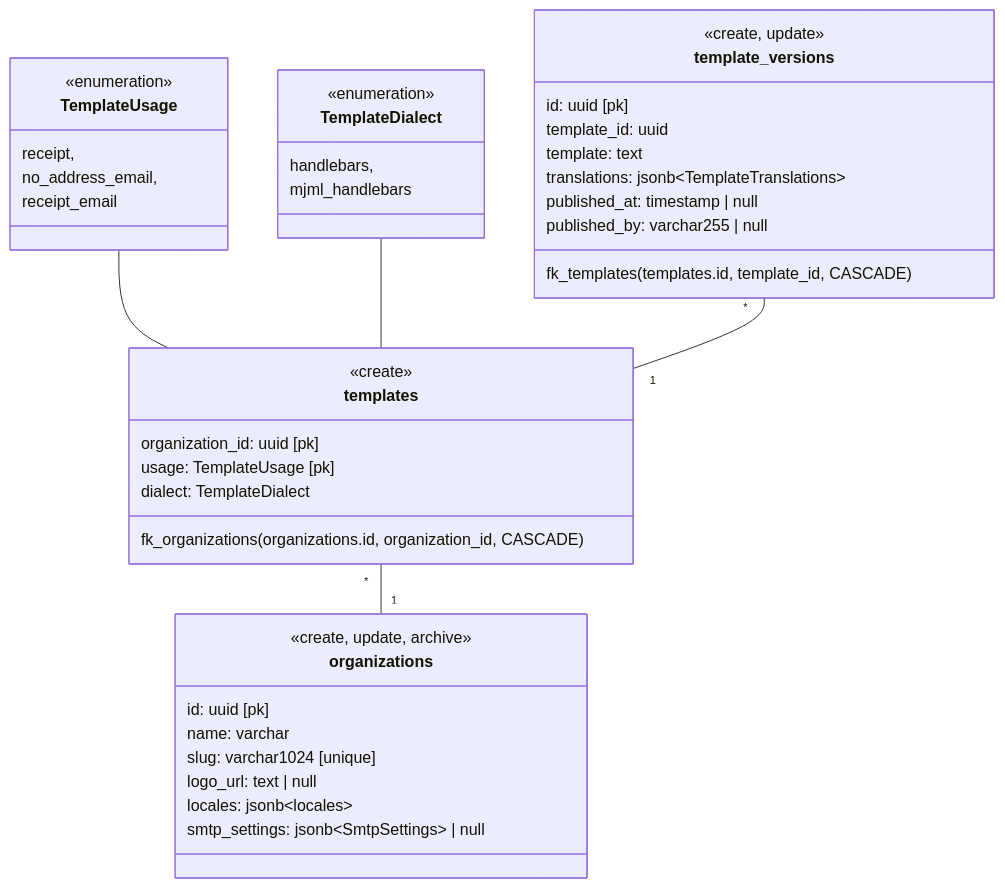
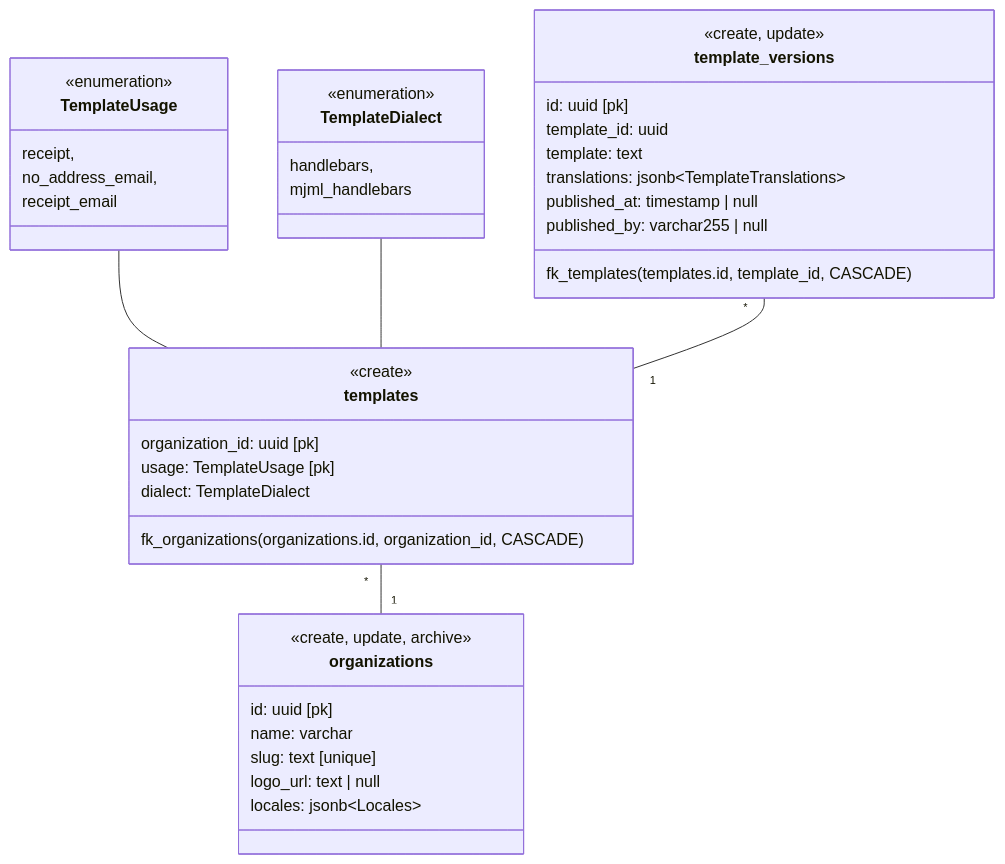
Before and after one commit to mtl-benevolent/donation-management: the third of 4 diagrams in docs/db-diagram.md, drawn with Mermaid. The commit also changed other lines of this file and 42 other files, not shown here.

````diff
--- a/docs/db-diagram.md
+++ b/docs/db-diagram.md
@@ -46,57 +54,55 @@
 ```mermaid
   classDiagram
 
   class organizations {
     <<create, update, archive>>
     id: uuid [pk]
     name: varchar
-    slug: varchar1024 [unique]
+    slug: text [unique]
     logo_url: text | null
-    locales: jsonb~locales~
-
-    smtp_settings: jsonb~SmtpSettings~ | null
+    locales: jsonb~Locales~
   }
 
   class templates {
     <<create>>
     organization_id: uuid [pk]
     usage: TemplateUsage [pk]
     dialect: TemplateDialect
 
     fk_organizations(organizations.id, organization_id, CASCADE)
   }
   templates "*" -- "1" organizations
 
   class TemplateUsage {
     <<enumeration>>
     receipt,
     no_address_email,
     receipt_email
   }
 
   TemplateUsage -- templates
 
   class TemplateDialect {
     <<enumeration>>
     handlebars,
     mjml_handlebars
   }
 
   TemplateDialect -- templates
 
   class template_versions {
     <<create, update>>
     id: uuid [pk]
     template_id: uuid
 
     template: text
     translations: jsonb~TemplateTranslations~
 
     published_at: timestamp | null
     published_by: varchar255 | null
 
     fk_templates(templates.id, template_id, CASCADE)
   }
 
   template_versions "*" -- "1" templates
 ```
````
